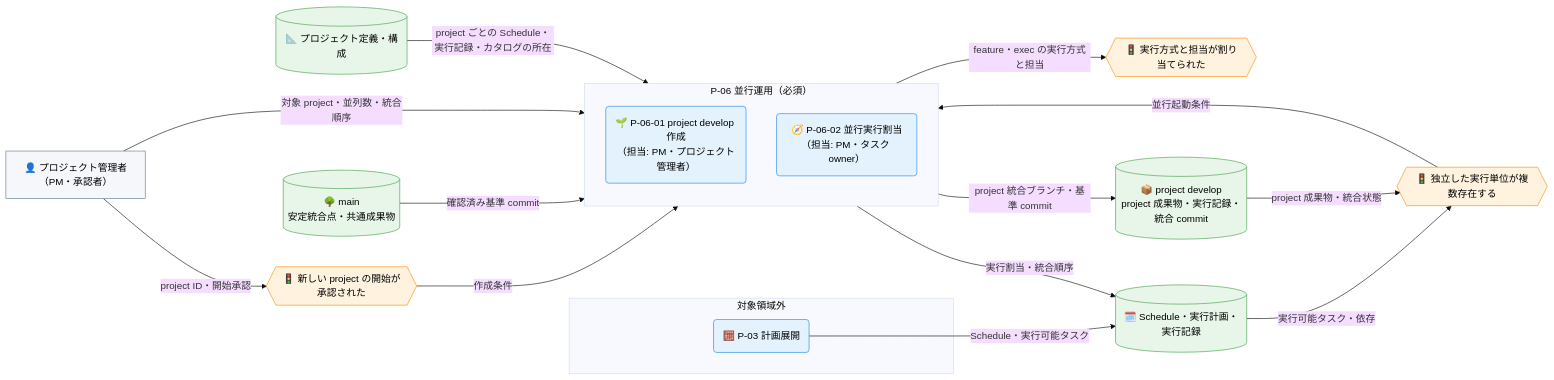
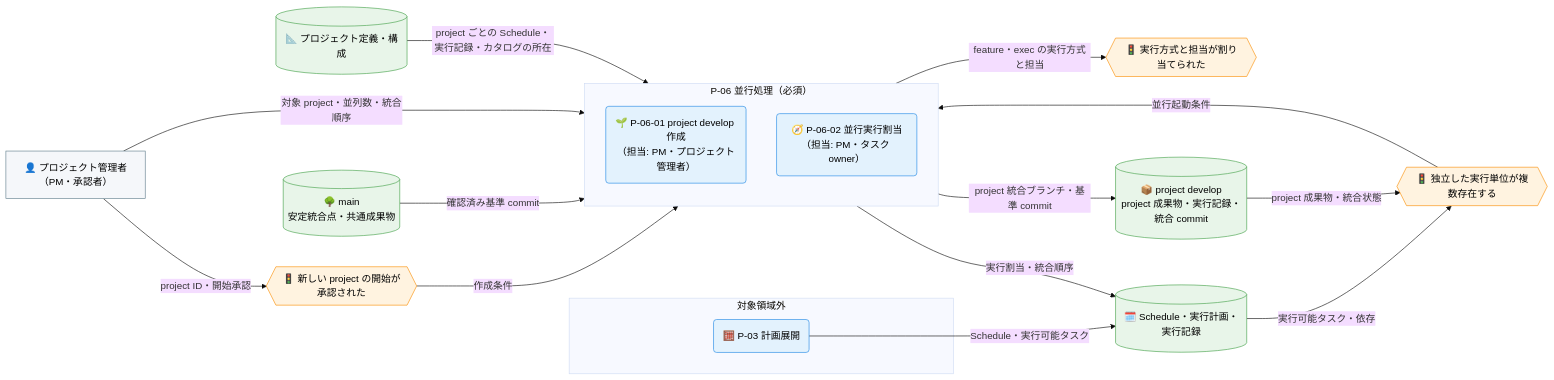
The first of 4 diagrams in docs/ja/product/010-business-specs/010-data-flow/cdfd-multi-project.md (specdojo/specdojo), drawn with Mermaid (base theme) before and after one commit. The commit also changed other lines of this file and 18 other files, not shown here.

First line of the commit message:
exec(T-DATA-FLOW-cdfd-overview-140): finalize cdfd-overview bootstrap

````diff
--- a/docs/ja/product/010-business-specs/010-data-flow/cdfd-multi-project.md
+++ b/docs/ja/product/010-business-specs/010-data-flow/cdfd-multi-project.md
@@ -57,47 +57,47 @@
 ```mermaid
 flowchart LR
   classDef process fill:#e3f2fd,stroke:#1e88e5,color:#000
   classDef event fill:#fff3e0,stroke:#fb8c00,color:#000
   classDef store fill:#e8f5e9,stroke:#43a047,color:#000
   classDef actor fill:#f5f7fa,stroke:#607d8b,color:#000
 
   プロジェクト管理者["👤 プロジェクト管理者<br>（PM・承認者）"]
 
   project開始{{"🚦 新しい project の開始が承認された"}}
   並行実行可能{{"🚦 独立した実行単位が複数存在する"}}
   割当確定{{"🚦 実行方式と担当が割り当てられた"}}
 
-  subgraph 並行運用必須["P-06 並行運用（必須）"]
+  subgraph 並行処理必須["P-06 並行処理（必須）"]
     direction TB
     projectDevelop作成("🌱 P-06-01 project develop 作成<br>（担当: PM・プロジェクト管理者）")
     並行実行割当("🧭 P-06-02 並行実行割当<br>（担当: PM・タスク owner）")
   end
 
   main[("🌳 main<br>安定統合点・共通成果物")]
   projectDevelop[("📦 project develop<br>project 成果物・実行記録・統合 commit")]
   project構成[("📐 プロジェクト定義・構成")]
   実行計画記録[("🗓️ Schedule・実行計画・実行記録")]
 
   subgraph 領域外必須["対象領域外"]
     計画展開("🧮 P-03 計画展開")
   end
 
   プロジェクト管理者 -->|"project ID・開始承認"| project開始
   project開始 -->|"作成条件"| projectDevelop作成
   main -->|"確認済み基準 commit"| projectDevelop作成
   projectDevelop作成 -->|"project 統合ブランチ・基準 commit"| projectDevelop
 
   計画展開 -->|"Schedule・実行可能タスク"| 実行計画記録
   実行計画記録 -->|"実行可能タスク・依存"| 並行実行可能
   projectDevelop -->|"project 成果物・統合状態"| 並行実行可能
   並行実行可能 -->|"並行起動条件"| 並行実行割当
   プロジェクト管理者 -->|"対象 project・並列数・統合順序"| 並行実行割当
   project構成 -->|"project ごとの Schedule・実行記録・カタログの所在"| 並行実行割当
   並行実行割当 -->|"実行割当・統合順序"| 実行計画記録
   並行実行割当 -->|"feature・exec の実行方式と担当"| 割当確定
 
   class projectDevelop作成,並行実行割当,計画展開 process
   class project開始,並行実行可能,割当確定 event
   class main,projectDevelop,project構成,実行計画記録 store
   class プロジェクト管理者 actor
 ```
````
